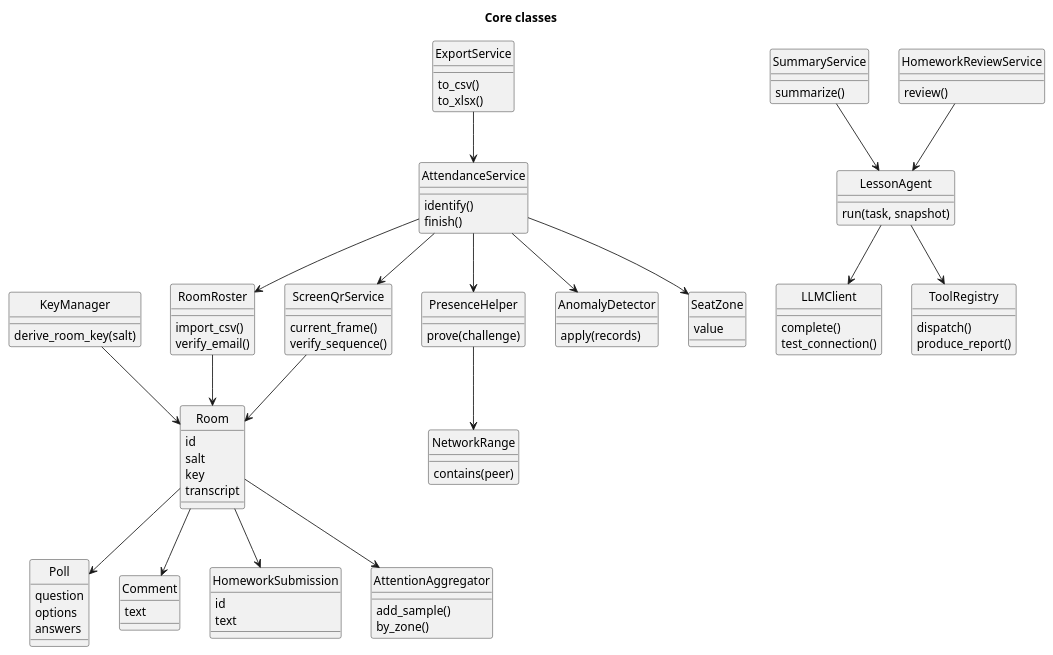
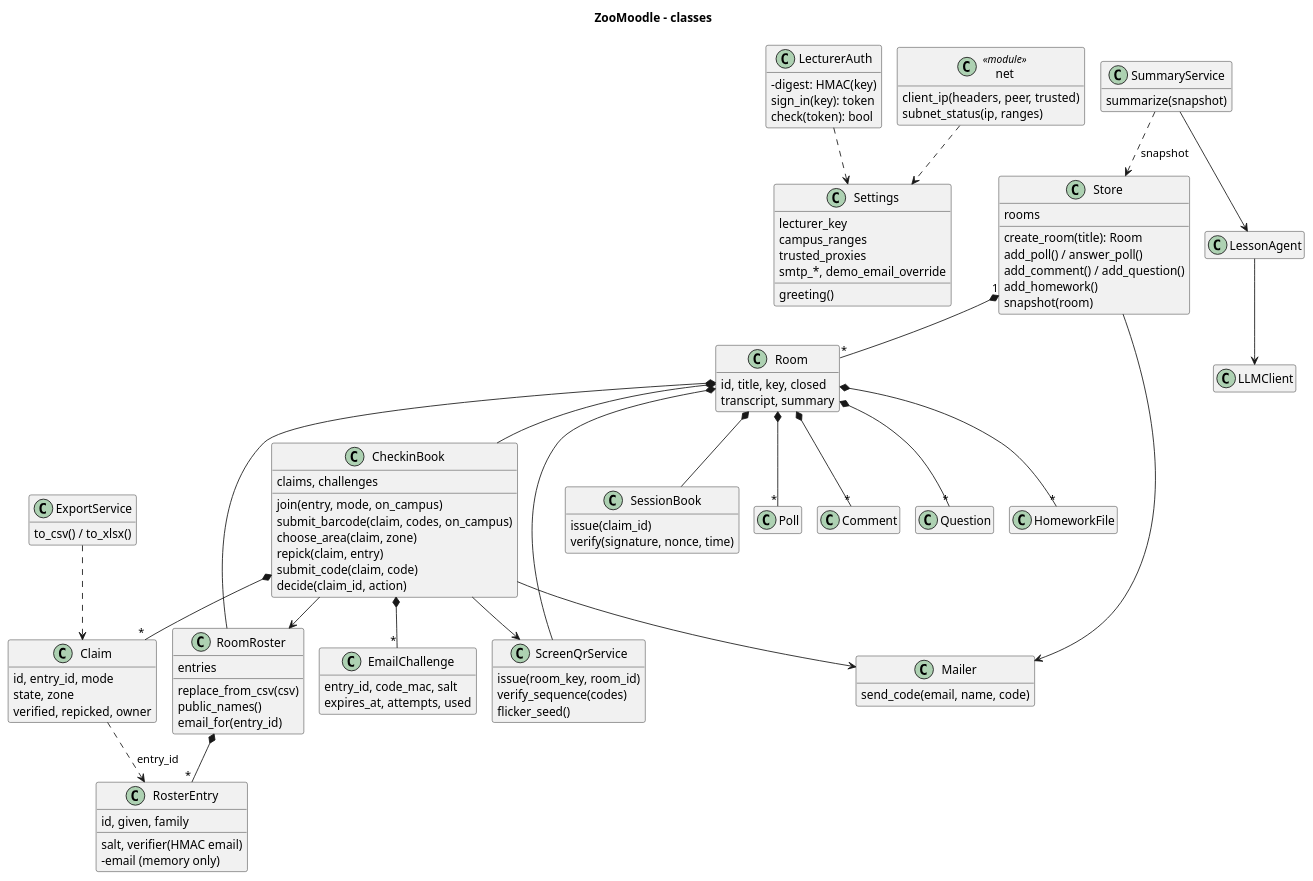
Before and after one commit to Haim-Barby/ZooMoodle: the diagram in docs/diagrams/classes.puml, drawn with PlantUML. The commit also changed 72 other files, not shown here.

First line of the commit message:
Rebuild attendance and lesson flow

```diff
--- a/docs/diagrams/classes.puml
+++ b/docs/diagrams/classes.puml
@@ -1,114 +1,112 @@
 @startuml classes
-title Core classes
+!pragma layout smetana
+title ZooMoodle – classes
+skinparam classAttributeIconSize 0
+hide empty members
 
-skinparam shadowing false
-hide circle
-
+class Settings {
+  lecturer_key
+  campus_ranges
+  trusted_proxies
+  smtp_*, demo_email_override
+  greeting()
+}
+class LecturerAuth {
+  -digest: HMAC(key)
+  sign_in(key): token
+  check(token): bool
+}
+class Store {
+  rooms
+  create_room(title): Room
+  add_poll() / answer_poll()
+  add_comment() / add_question()
+  add_homework()
+  snapshot(room)
+}
 class Room {
-  id
-  salt
-  key
-  transcript
+  id, title, key, closed
+  transcript, summary
+}
+class RoomRoster {
+  entries
+  replace_from_csv(csv)
+  public_names()
+  email_for(entry_id)
+}
+class RosterEntry {
+  id, given, family
+  salt, verifier(HMAC email)
+  -email (memory only)
+}
+class CheckinBook {
+  claims, challenges
+  join(entry, mode, on_campus)
+  submit_barcode(claim, codes, on_campus)
+  choose_area(claim, zone)
+  repick(claim, entry)
+  submit_code(claim, code)
+  decide(claim_id, action)
+}
+class Claim {
+  id, entry_id, mode
+  state, zone
+  verified, repicked, owner
+}
+class EmailChallenge {
+  entry_id, code_mac, salt
+  expires_at, attempts, used
+}
+class ScreenQrService {
+  issue(room_key, room_id)
+  verify_sequence(codes)
+  flicker_seed()
+}
+class SessionBook {
+  issue(claim_id)
+  verify(signature, nonce, time)
+}
+class Mailer {
+  send_code(email, name, code)
+}
+class "net" as Net <<module>> {
+  client_ip(headers, peer, trusted)
+  subnet_status(ip, ranges)
+}
+class Poll
+class Comment
+class Question
+class HomeworkFile
+class SummaryService {
+  summarize(snapshot)
+}
+class LessonAgent
+class LLMClient
+class ExportService {
+  to_csv() / to_xlsx()
 }
 
-class KeyManager {
-  derive_room_key(salt)
-}
-
-class RoomRoster {
-  import_csv()
-  verify_email()
-}
-
-class ScreenQrService {
-  current_frame()
-  verify_sequence()
-}
-
-class NetworkRange {
-  contains(peer)
-}
-
-class PresenceHelper {
-  prove(challenge)
-}
-
-class AttendanceService {
-  identify()
-  finish()
-}
-
-class AnomalyDetector {
-  apply(records)
-}
-
-class SeatZone {
-  value
-}
-
-class Poll {
-  question
-  options
-  answers
-}
-
-class Comment {
-  text
-}
-
-class HomeworkSubmission {
-  id
-  text
-}
-
-class ExportService {
-  to_csv()
-  to_xlsx()
-}
-
-class AttentionAggregator {
-  add_sample()
-  by_zone()
-}
-
-class LLMClient {
-  complete()
-  test_connection()
-}
-
-class LessonAgent {
-  run(task, snapshot)
-}
-
-class ToolRegistry {
-  dispatch()
-  produce_report()
-}
-
-class SummaryService {
-  summarize()
-}
-
-class HomeworkReviewService {
-  review()
-}
-
-KeyManager --> Room
-RoomRoster --> Room
-ScreenQrService --> Room
-AttendanceService --> RoomRoster
-AttendanceService --> ScreenQrService
-AttendanceService --> PresenceHelper
-PresenceHelper --> NetworkRange
-AttendanceService --> AnomalyDetector
-AttendanceService --> SeatZone
-Room --> Poll
-Room --> Comment
-Room --> HomeworkSubmission
-Room --> AttentionAggregator
-ExportService --> AttendanceService
+Store "1" *-- "*" Room
+Room *-- RoomRoster
+Room *-- CheckinBook
+Room *-- ScreenQrService
+Room *-- SessionBook
+Room *-- "*" Poll
+Room *-- "*" Comment
+Room *-- "*" Question
+Room *-- "*" HomeworkFile
+RoomRoster *-- "*" RosterEntry
+CheckinBook *-- "*" Claim
+CheckinBook *-- "*" EmailChallenge
+CheckinBook --> ScreenQrService
+CheckinBook --> RoomRoster
+CheckinBook --> Mailer
+Claim ..> RosterEntry : entry_id
+Store --> Mailer
 SummaryService --> LessonAgent
-HomeworkReviewService --> LessonAgent
 LessonAgent --> LLMClient
-LessonAgent --> ToolRegistry
+SummaryService ..> Store : snapshot
+ExportService ..> Claim
+LecturerAuth ..> Settings
+Net ..> Settings
 @enduml
```
